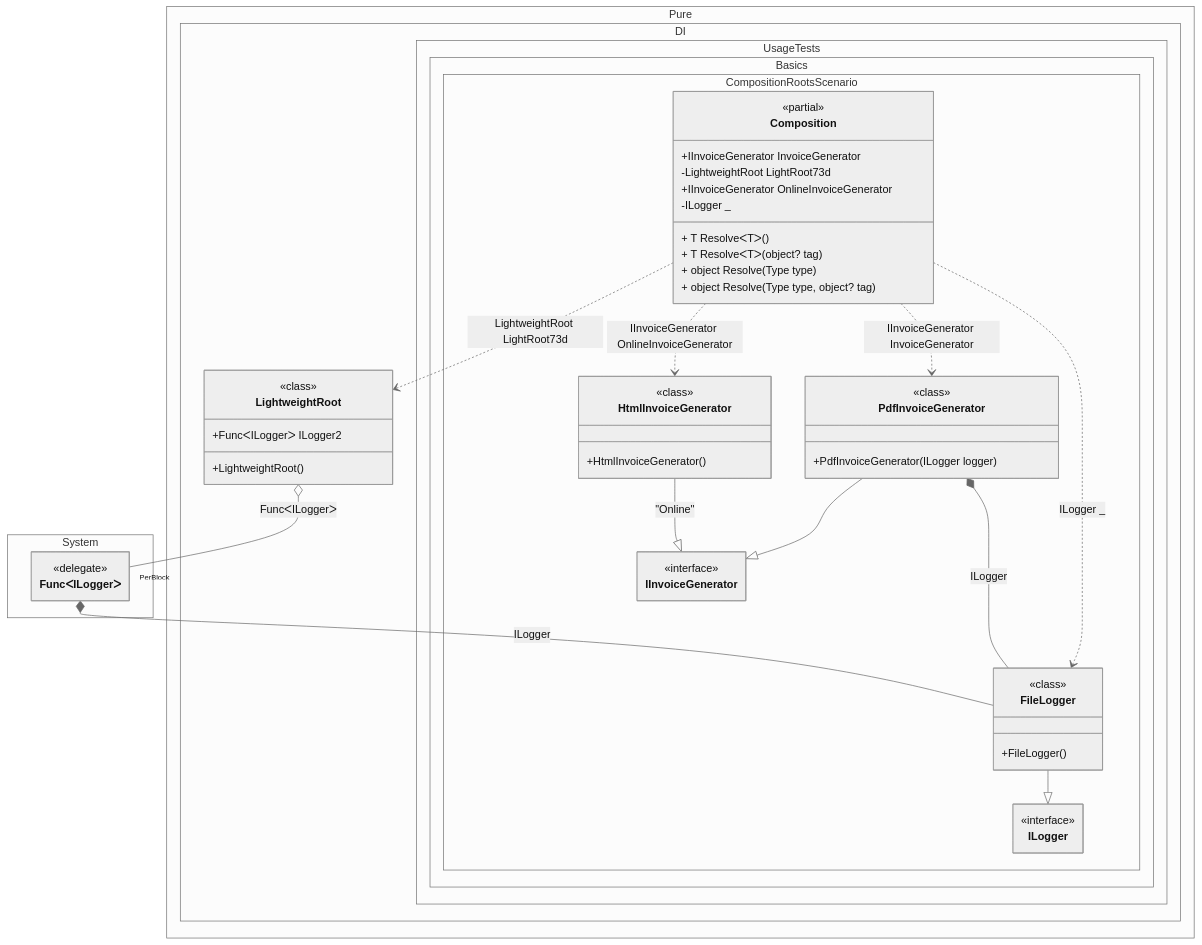
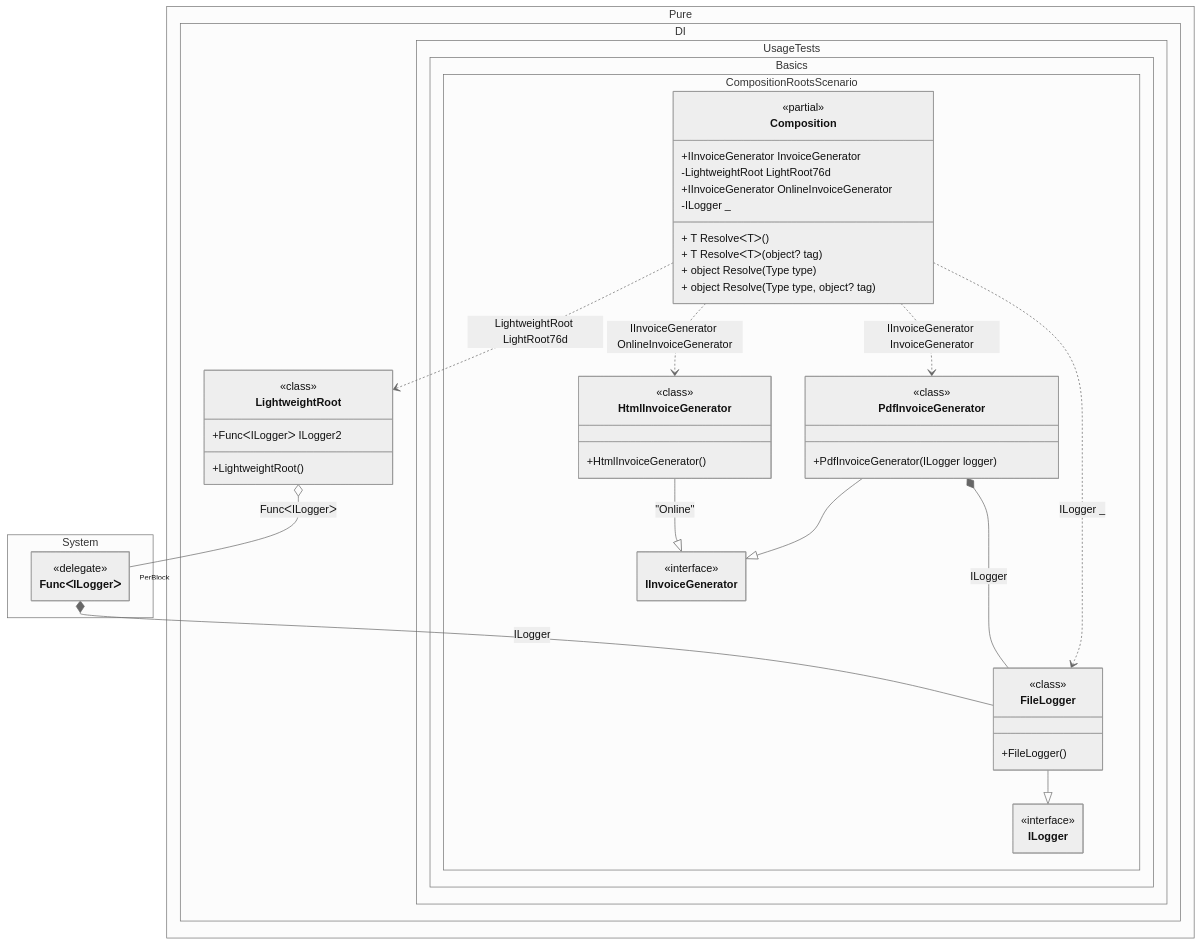
Before and after one commit to DevTeam/Pure.DI: the diagram in readme/composition-roots.md, drawn with Mermaid (neutral theme). The commit also changed 17 other files, not shown here.

````diff
--- a/readme/composition-roots.md
+++ b/readme/composition-roots.md
@@ -319,63 +319,63 @@
 ```mermaid
 ---
  config:
   maxTextSize: 2147483647
   maxEdges: 2147483647
   class:
    hideEmptyMembersBox: true
 ---
 classDiagram
 	PdfInvoiceGenerator --|> IInvoiceGenerator
 	HtmlInvoiceGenerator --|> IInvoiceGenerator : "Online" 
 	FileLogger --|> ILogger
-	Composition ..> LightweightRoot : LightweightRoot LightRoot73d
+	Composition ..> LightweightRoot : LightweightRoot LightRoot76d
 	Composition ..> HtmlInvoiceGenerator : IInvoiceGenerator OnlineInvoiceGenerator
 	Composition ..> FileLogger : ILogger _
 	Composition ..> PdfInvoiceGenerator : IInvoiceGenerator InvoiceGenerator
 	PdfInvoiceGenerator *--  FileLogger : ILogger
 	LightweightRoot o-- "PerBlock" FuncᐸILoggerᐳ : FuncᐸILoggerᐳ
 	FuncᐸILoggerᐳ *--  FileLogger : ILogger
 	namespace Pure.DI {
 		class LightweightRoot {
 				<<class>>
 			+LightweightRoot()
 			+FuncᐸILoggerᐳ ILogger2
 		}
 	}
 	namespace Pure.DI.UsageTests.Basics.CompositionRootsScenario {
 		class Composition {
 		<<partial>>
 		+IInvoiceGenerator InvoiceGenerator
-		-LightweightRoot LightRoot73d
+		-LightweightRoot LightRoot76d
 		+IInvoiceGenerator OnlineInvoiceGenerator
 		-ILogger _
 		+ T ResolveᐸTᐳ()
 		+ T ResolveᐸTᐳ(object? tag)
 		+ object Resolve(Type type)
 		+ object Resolve(Type type, object? tag)
 		}
 		class FileLogger {
 				<<class>>
 			+FileLogger()
 		}
 		class HtmlInvoiceGenerator {
 				<<class>>
 			+HtmlInvoiceGenerator()
 		}
 		class IInvoiceGenerator {
 			<<interface>>
 		}
 		class ILogger {
 			<<interface>>
 		}
 		class PdfInvoiceGenerator {
 				<<class>>
 			+PdfInvoiceGenerator(ILogger logger)
 		}
 	}
 	namespace System {
 		class FuncᐸILoggerᐳ {
 				<<delegate>>
 		}
 	}
 ```
````
